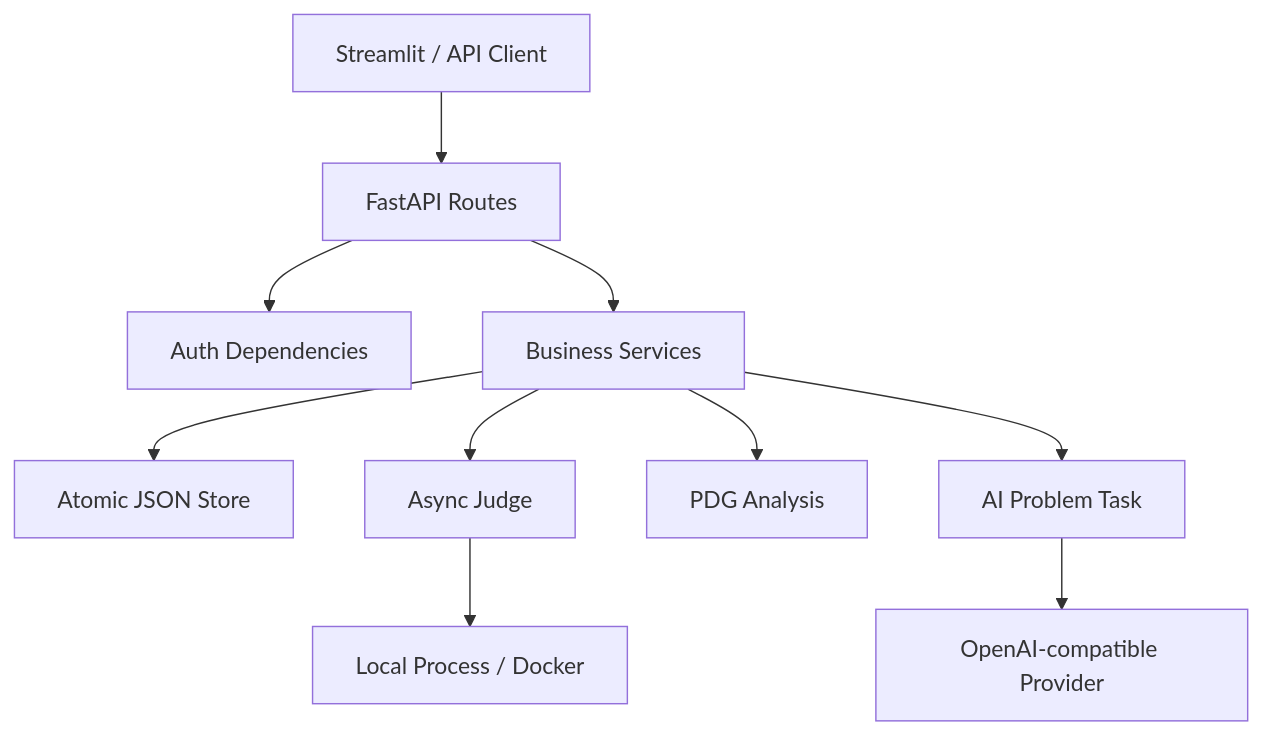
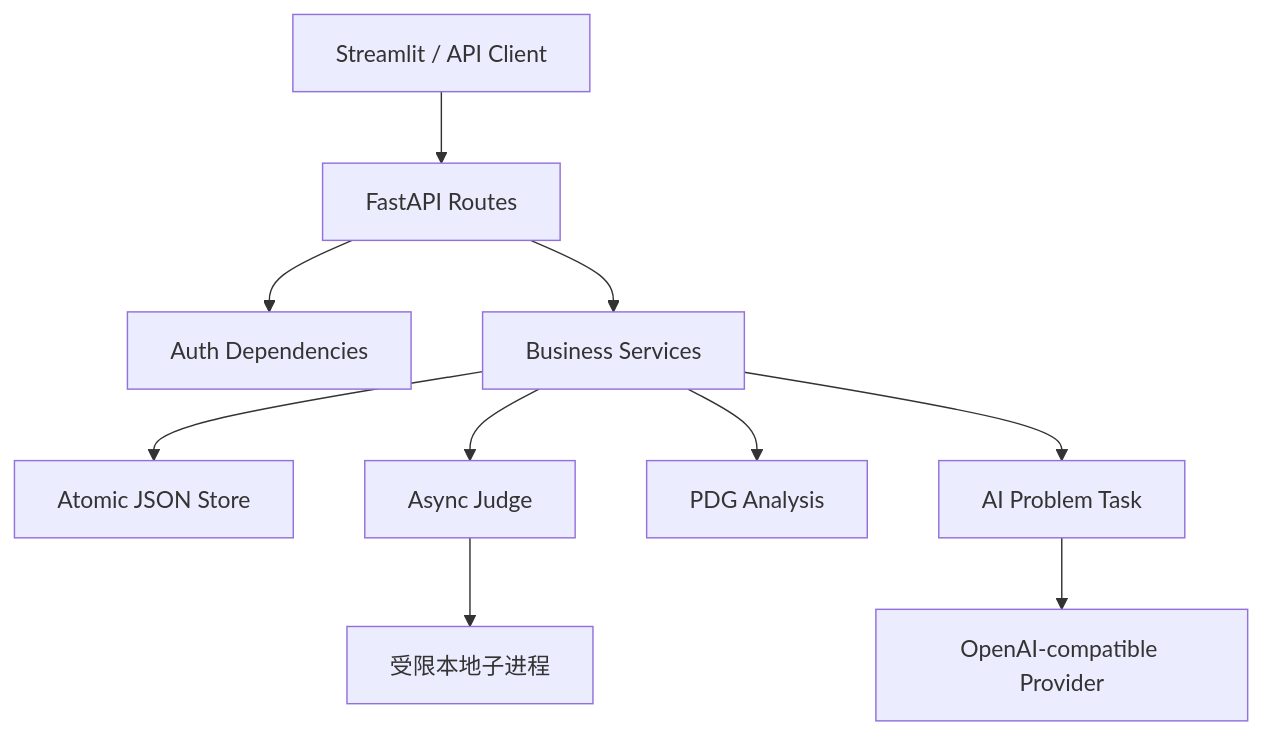
Before and after one commit to Tristoxy/oj-system-project: the diagram in docs/COURSE_REPORT.md, drawn with Mermaid. The commit also changed other lines of this file and 15 other files, not shown here.

````diff
--- a/docs/COURSE_REPORT.md
+++ b/docs/COURSE_REPORT.md
@@ -27,12 +26,12 @@
 ```mermaid
 flowchart TD
     A[Streamlit / API Client] --> B[FastAPI Routes]
     B --> C[Auth Dependencies]
     B --> D[Business Services]
     D --> E[Atomic JSON Store]
     D --> F[Async Judge]
-    F --> G[Local Process / Docker]
+    F --> G[受限本地子进程]
     D --> H[PDG Analysis]
     D --> I[AI Problem Task]
     I --> J[OpenAI-compatible Provider]
 ```
````
